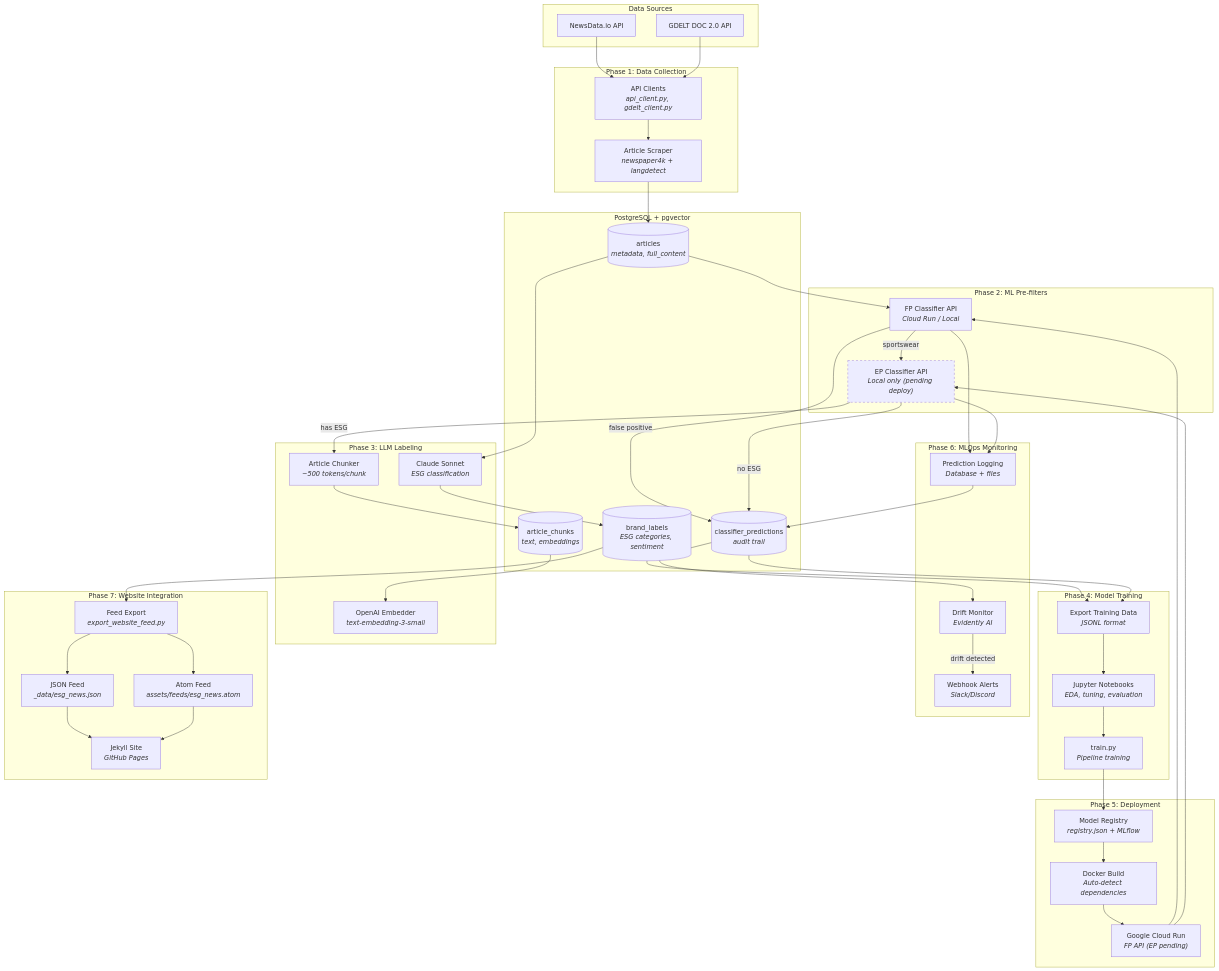
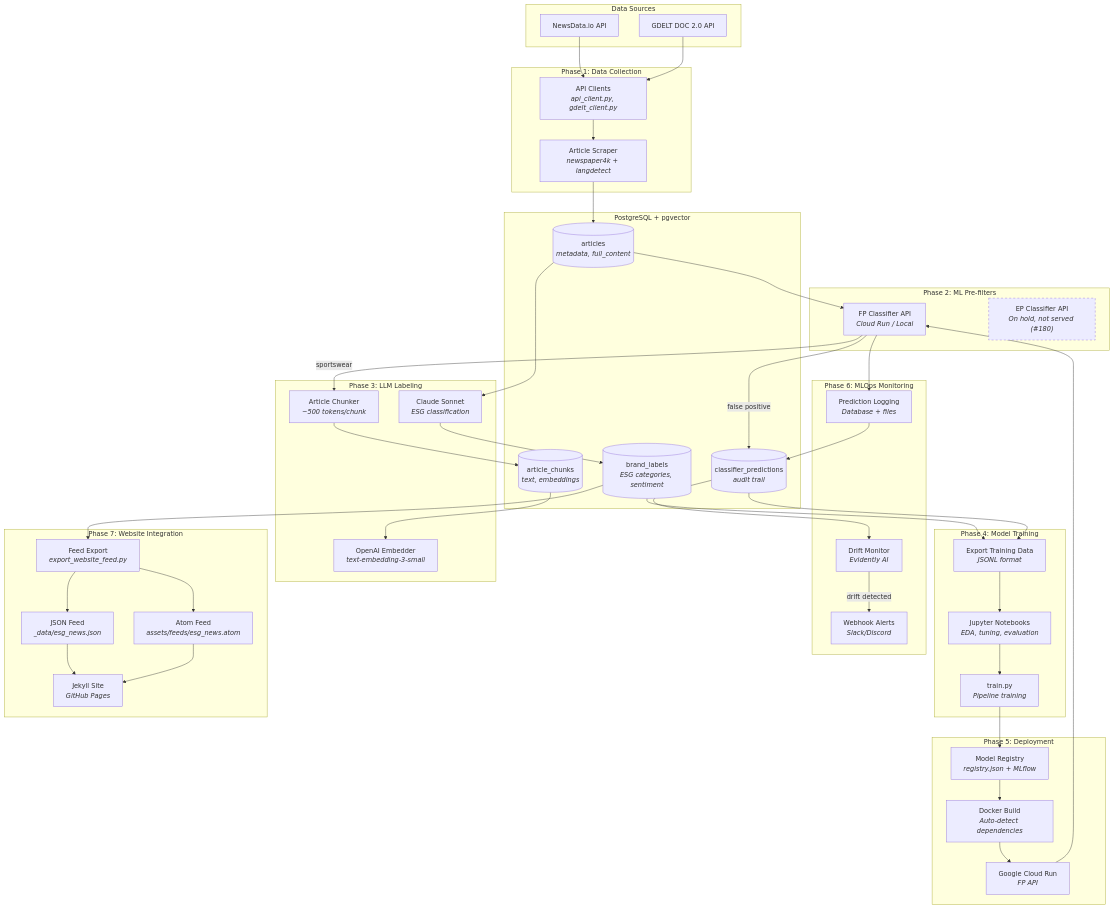
The diagram in README.md (frederick-douglas-pearce/sportswear-esg-news-classifier), drawn with Mermaid before and after one commit. The commit also changed other lines of this file and 12 other files, not shown here.

````diff
--- a/README.md
+++ b/README.md
@@ -149,7 +149,7 @@
 
     subgraph prefilter["Phase 2: ML Pre-filters"]
         fp_api["FP Classifier API<br/><i>Cloud Run / Local</i>"]
-        ep_api["EP Classifier API<br/><i>Local only (pending deploy)</i>"]
+        ep_api["EP Classifier API<br/><i>On hold, not served (#180)</i>"]
     end
 
     subgraph labeling["Phase 3: LLM Labeling"]
@@ -167,7 +167,7 @@
     subgraph deployment["Phase 5: Deployment"]
         registry["Model Registry<br/><i>registry.json + MLflow</i>"]
         docker["Docker Build<br/><i>Auto-detect dependencies</i>"]
-        cloudrun["Google Cloud Run<br/><i>FP API (EP pending)</i>"]
+        cloudrun["Google Cloud Run<br/><i>FP API</i>"]
     end
 
     subgraph monitoring["Phase 6: MLOps Monitoring"]
@@ -191,10 +191,8 @@
 
     %% Pre-filter Flow
     articles --> fp_api
-    fp_api -->|"sportswear"| ep_api
+    fp_api -->|"sportswear"| chunker
     fp_api -->|"false positive"| predictions
-    ep_api -->|"has ESG"| chunker
-    ep_api -->|"no ESG"| predictions
 
     %% Labeling Flow
     chunker --> chunks
@@ -213,11 +211,9 @@
     registry --> docker
     docker --> cloudrun
     cloudrun --> fp_api
-    cloudrun --> ep_api
 
     %% Monitoring Flow
     fp_api --> pred_logs
-    ep_api --> pred_logs
     pred_logs --> predictions
     predictions --> drift
     drift -->|"drift detected"| alerts
@@ -229,6 +225,6 @@
     json_feed --> jekyll
     atom_feed --> jekyll
 
-    %% Styling for pending deployment
+    %% Styling for EP on hold (#180): no edges, not served
     style ep_api stroke-dasharray: 5 5
 ```
````
